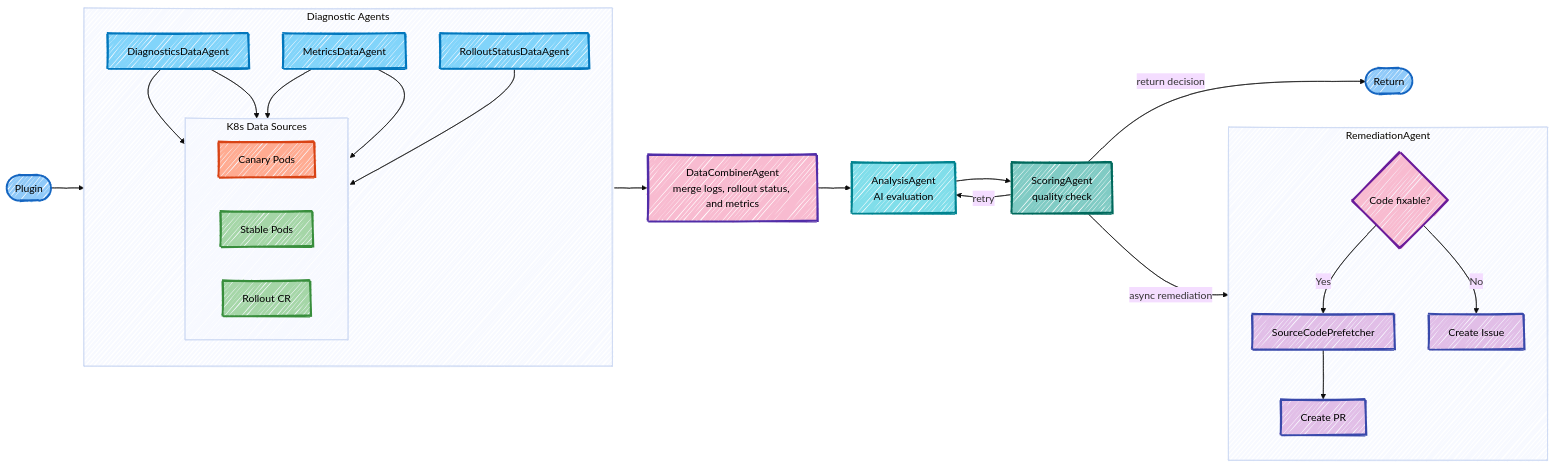
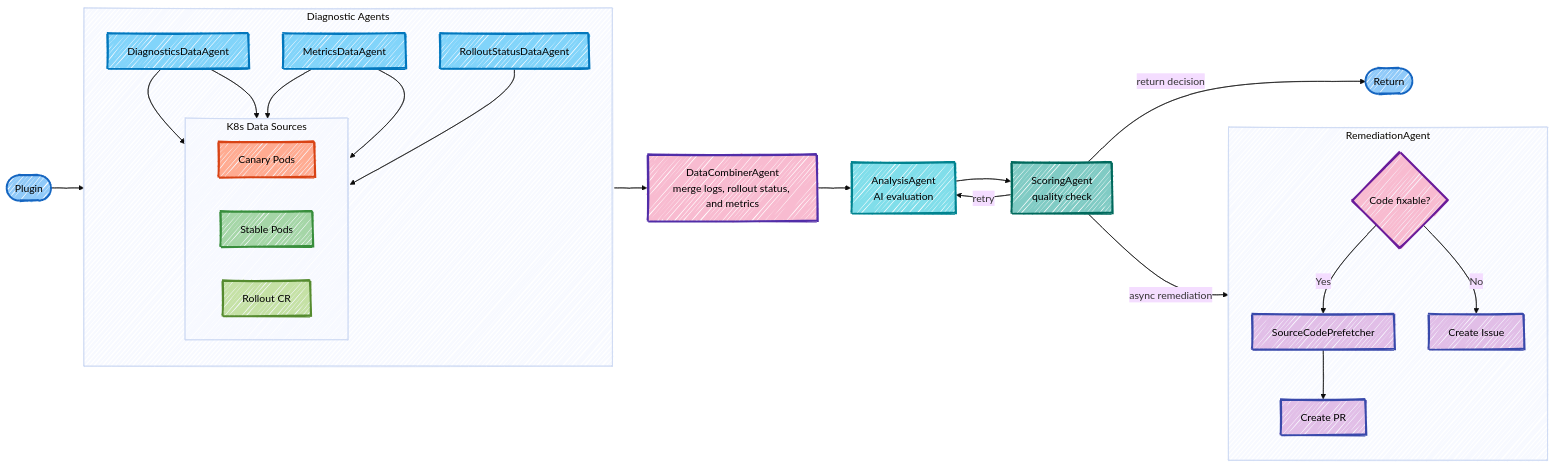
One commit to kdubois/kubernetes-aiops-agent changed the diagram in README.md. Above: the diagram before and after it, drawn with Mermaid. The commit also changed other lines of this file and 5 other files, not shown here.

````diff
--- a/README.md
+++ b/README.md
@@ -89,56 +89,56 @@
 ```mermaid
 %%{init: {'theme': 'base', 'look': 'handDrawn'}}%%
 flowchart LR
     A([Plugin]):::plugin --> B
 
     subgraph B[Diagnostic Agents]
         direction TB
         B1[DiagnosticsDataAgent]:::diagnostic
         B2[MetricsDataAgent]:::diagnostic
         B3[RolloutStatusDataAgent]:::diagnostic
         
         subgraph K8S[K8s Data Sources]
             direction LR
             K1[Canary Pods]:::canary
             K2[Stable Pods]:::stable
-            K3[Rollout CR]:::stable
+            K3[Rollout CR]:::data
         end
         
         B1 --> K1
         B1 --> K2
         B2 --> K1
         B2 --> K2
         B3 --> K3
     end
 
     B --> C[DataCombinerAgent<br/>merge logs, rollout status, and metrics]:::combiner
     C --> D[AnalysisAgent<br/>AI evaluation]:::analysis
     D --> E[ScoringAgent<br/>quality check]:::scoring
 
     E -->|retry| D
     E -->|return decision| F([Return]):::plugin
 
     E -->|async remediation| G
 
     subgraph G[RemediationAgent]
         direction TB
         G1{Code fixable?}:::decision
         G2[SourceCodePrefetcher]:::remediation
         G3[Create PR]:::remediation
         G4[Create Issue]:::remediation
         G1 -->|Yes| G2
         G2 --> G3
         G1 -->|No| G4
     end
 
     classDef plugin fill:#90caf9,stroke:#1565c0,stroke-width:3px,color:#000
     classDef data fill:#c5e1a5,stroke:#558b2f,stroke-width:3px,color:#000
     classDef diagnostic fill:#81d4fa,stroke:#0277bd,stroke-width:3px,color:#000
     classDef canary fill:#ffab91,stroke:#d84315,stroke-width:3px,color:#000
     classDef stable fill:#a5d6a7,stroke:#388e3c,stroke-width:3px,color:#000
     classDef combiner fill:#f8bbd0,stroke:#512da8,stroke-width:3px,color:#000
     classDef analysis fill:#80deea,stroke:#00838f,stroke-width:3px,color:#000
     classDef scoring fill:#80cbc4,stroke:#00695c,stroke-width:3px,color:#000
     classDef decision fill:#f8bbd0,stroke:#6a1b9a,stroke-width:3px,color:#000
     classDef remediation fill:#e1bee7,stroke:#3949ab,stroke-width:3px,color:#000
 ```
````
